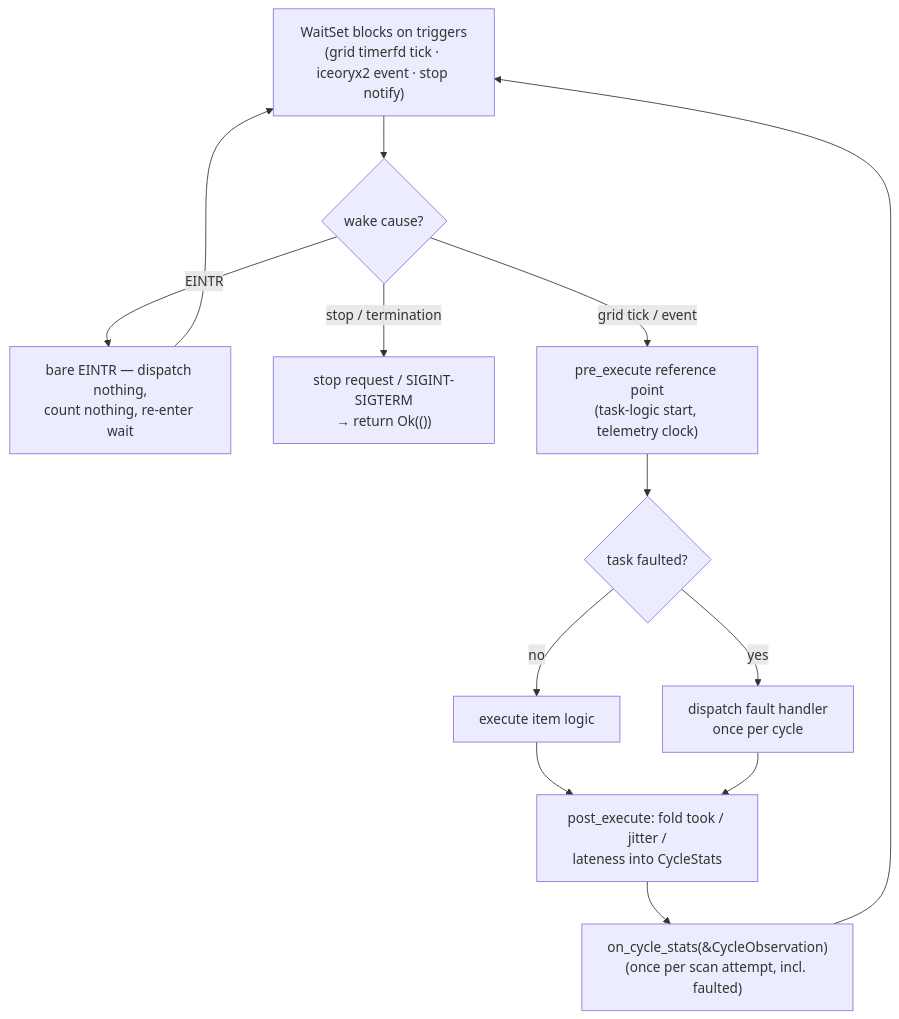
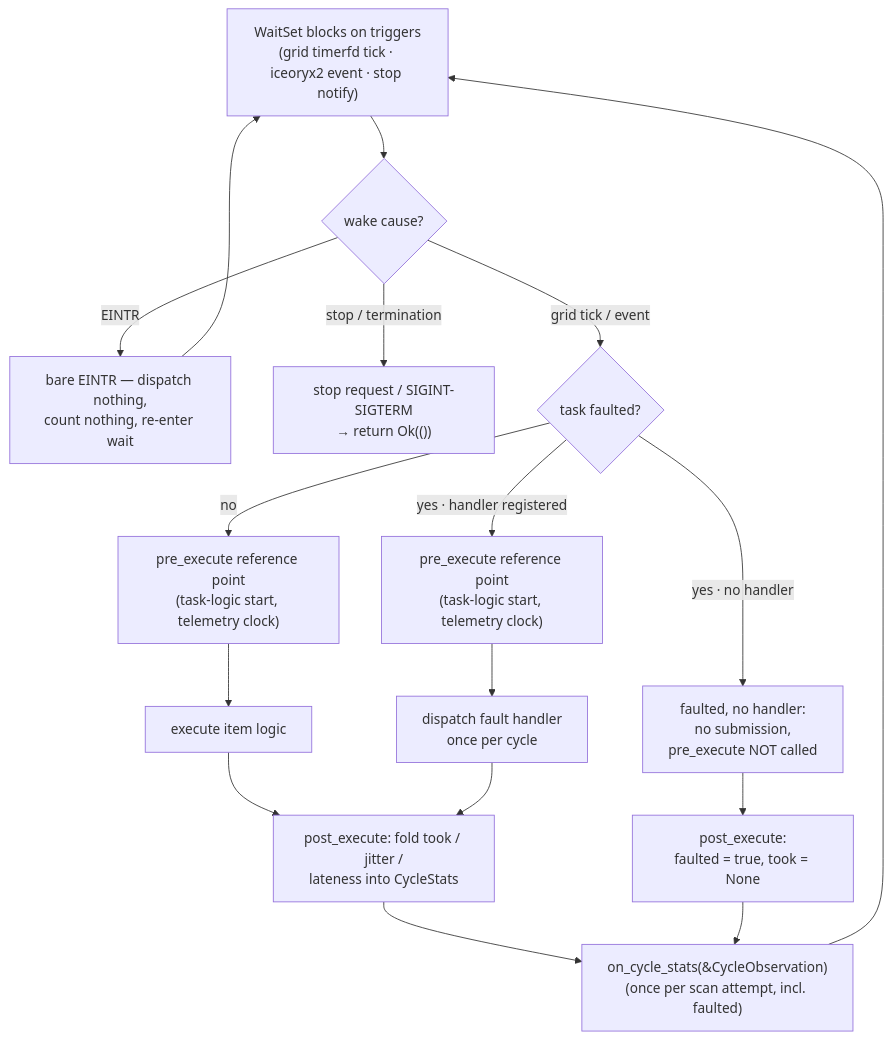
Before and after one commit to patdhlk/taktora: the diagram in spec/architecture/plc-runtime/index.rst, drawn with Mermaid.

Commit message:
docs(spec): fix plc-runtime dispatch flowchart — faulted-no-handler skips pre_execute (T7 review)

```diff
--- a/spec/architecture/plc-runtime/index.rst
+++ b/spec/architecture/plc-runtime/index.rst
@@ -57,22 +57,27 @@
 .. mermaid::
 
    flowchart TD
        Wait["WaitSet blocks on triggers<br/>(grid timerfd tick · iceoryx2 event · stop notify)"]
        Wake{"wake cause?"}
        EINTR["bare EINTR — dispatch nothing,<br/>count nothing, re-enter wait"]
        Stop["stop request / SIGINT-SIGTERM<br/>→ return Ok(())"]
+       Faulted{"task faulted?"}
+       Skip["faulted, no handler:<br/>no submission,<br/>pre_execute NOT called"]
        Pre["pre_execute reference point<br/>(task-logic start, telemetry clock)"]
-       Faulted{"task faulted?"}
+       PreH["pre_execute reference point<br/>(task-logic start, telemetry clock)"]
        Exec["execute item logic"]
        Handler["dispatch fault handler<br/>once per cycle"]
        Post["post_execute: fold took / jitter /<br/>lateness into CycleStats"]
+       PostF["post_execute:<br/>faulted = true, took = None"]
        Obs["on_cycle_stats(&CycleObservation)<br/>(once per scan attempt, incl. faulted)"]
 
        Wait --> Wake
        Wake -->|"EINTR"| EINTR --> Wait
        Wake -->|"stop / termination"| Stop
-       Wake -->|"grid tick / event"| Pre
-       Pre --> Faulted
-       Faulted -->|"no"| Exec --> Post
-       Faulted -->|"yes"| Handler --> Post
-       Post --> Obs --> Wait
+       Wake -->|"grid tick / event"| Faulted
+       Faulted -->|"no"| Pre --> Exec --> Post
+       Faulted -->|"yes · handler registered"| PreH --> Handler --> Post
+       Faulted -->|"yes · no handler"| Skip --> PostF
+       Post --> Obs
+       PostF --> Obs
+       Obs --> Wait
```
